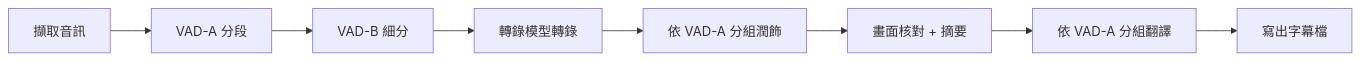
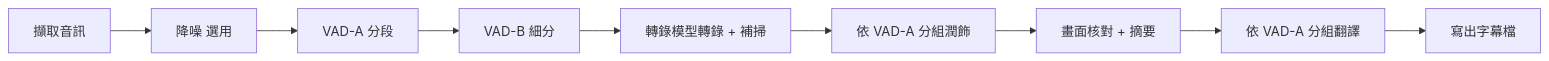
Before and after one commit to lanyitin/runline: the second of 2 diagrams in docs/stable/transcribe-pipeline/README.md, drawn with Mermaid. The commit also changed other lines of this file and 22 other files, not shown here.

````diff
--- a/docs/stable/transcribe-pipeline/README.md
+++ b/docs/stable/transcribe-pipeline/README.md
@@ -44,5 +46,5 @@
 ```mermaid
 flowchart LR
-  A[擷取音訊] --> B[VAD-A 分段] --> C[VAD-B 細分] --> D[轉錄模型轉錄]
+  A[擷取音訊] --> A2[降噪 選用] --> B[VAD-A 分段] --> C[VAD-B 細分] --> D[轉錄模型轉錄 + 補掃]
   D --> E[依 VAD-A 分組潤飾] --> F[畫面核對 + 摘要] --> G[依 VAD-A 分組翻譯] --> H[寫出字幕檔]
 ```
````
